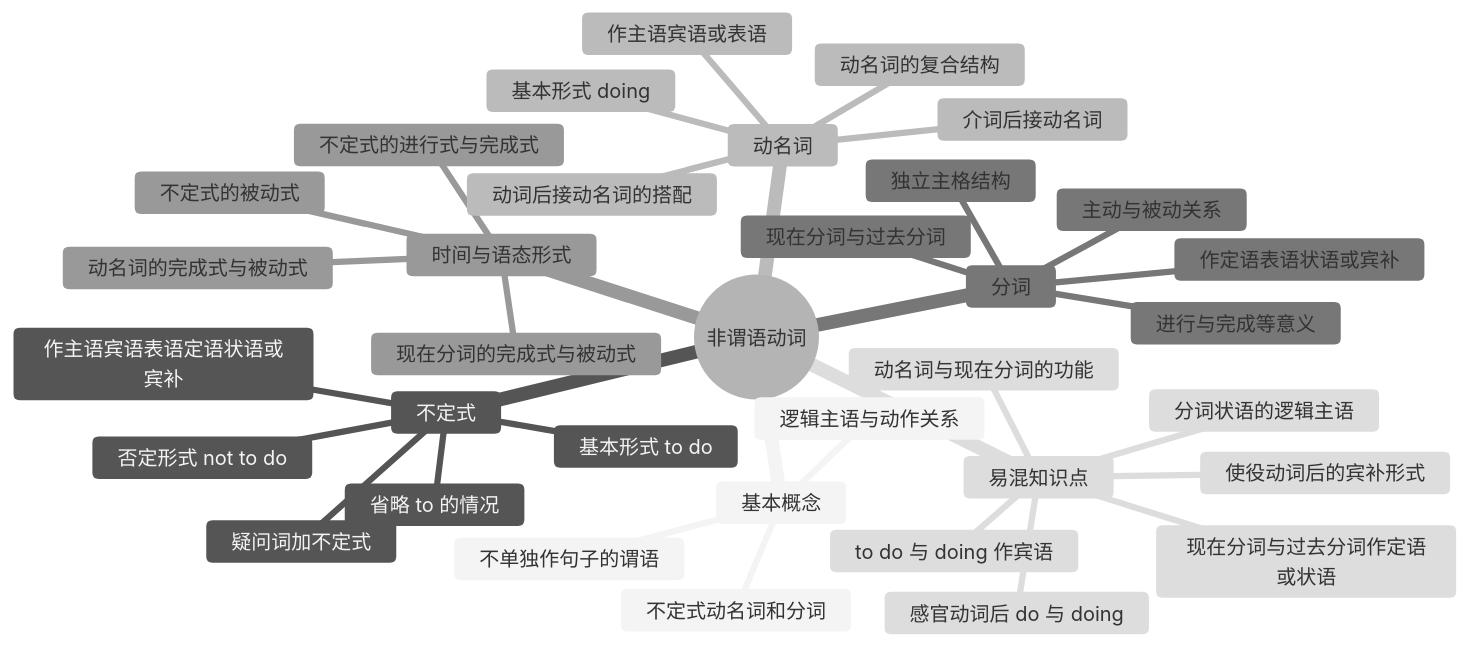
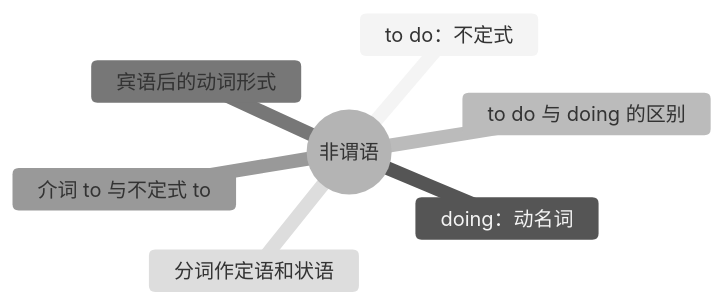
Before and after one commit to FitzLeewenlei/grammar: the seventh of 11 diagrams in grammar-mindmaps.md, drawn with Mermaid (neutral theme). The commit also changed other lines of this file and 16 other files, not shown here.

````diff
--- a/grammar-mindmaps.md
+++ b/grammar-mindmaps.md
@@ -339,38 +123,10 @@
 ```mermaid
 mindmap
-  root((非谓语动词))
-    基本概念
-      不单独作句子的谓语
-      不定式动名词和分词
-      逻辑主语与动作关系
-    不定式
-      基本形式 to do
-      否定形式 not to do
-      作主语宾语表语定语状语或宾补
-      疑问词加不定式
-      省略 to 的情况
-    动名词
-      基本形式 doing
-      作主语宾语或表语
-      动词后接动名词的搭配
-      介词后接动名词
-      动名词的复合结构
-    分词
-      现在分词与过去分词
-      作定语表语状语或宾补
-      主动与被动关系
-      进行与完成等意义
-      独立主格结构
-    时间与语态形式
-      不定式的进行式与完成式
-      不定式的被动式
-      动名词的完成式与被动式
-      现在分词的完成式与被动式
-    易混知识点
-      to do 与 doing 作宾语
-      动名词与现在分词的功能
-      现在分词与过去分词作定语或状语
-      感官动词后 do 与 doing
-      使役动词后的宾补形式
-      分词状语的逻辑主语
+  root((非谓语))
+    to do：不定式
+    doing：动名词
+    to do 与 doing 的区别
+    宾语后的动词形式
+    介词 to 与不定式 to
+    分词作定语和状语
 ```
````
